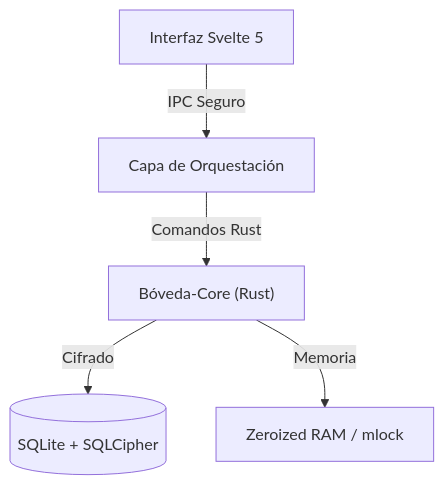
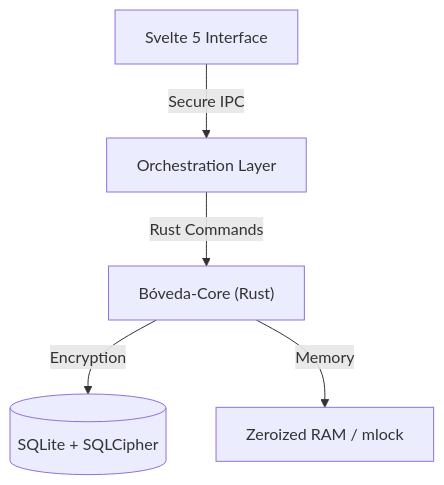
Before and after one commit to aaronlomas/boveda: the diagram in README.md, drawn with Mermaid. The commit also changed other lines of this file and 11 other files, not shown here.

````diff
--- a/README.md
+++ b/README.md
@@ -38,7 +40,7 @@
 ```mermaid
 flowchart TD
-    UI["Interfaz Svelte 5"] -- "IPC Seguro" --> Tauri["Capa de Orquestación"]
-    Tauri -- "Comandos Rust" --> Core["Bóveda-Core (Rust)"]
-    Core -- "Cifrado" --> DB[("SQLite + SQLCipher")]
-    Core -- "Memoria" --> RAM["Zeroized RAM / mlock"]
+    UI["Svelte 5 Interface"] -- "Secure IPC" --> Tauri["Orchestration Layer"]
+    Tauri -- "Rust Commands" --> Core["Bóveda-Core (Rust)"]
+    Core -- "Encryption" --> DB[("SQLite + SQLCipher")]
+    Core -- "Memory" --> RAM["Zeroized RAM / mlock"]
 ```
````
